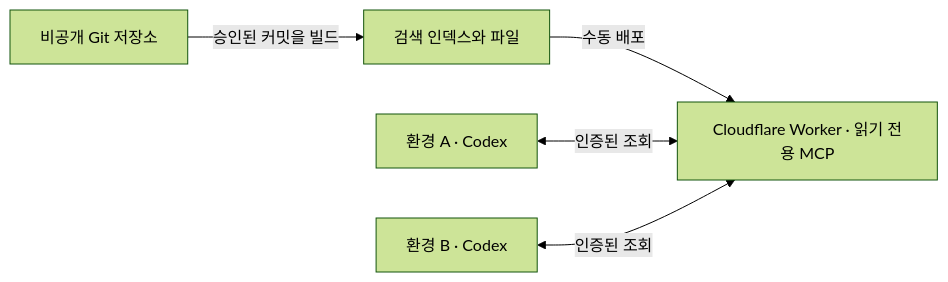
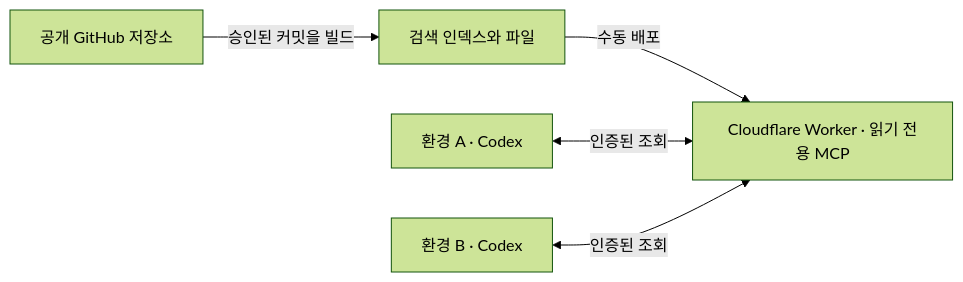
Before and after one commit to SEONGMINY/my-context: the diagram in README.md, drawn with Mermaid (forest theme). The commit also changed other lines of this file and 2 other files, not shown here.

````diff
--- a/README.md
+++ b/README.md
@@ -41,7 +41,7 @@
 ```mermaid
 flowchart LR
-    git["비공개 Git 저장소"] -->|"승인된 커밋을 빌드"| bundle["검색 인덱스와 파일"]
+    git["공개 GitHub 저장소"] -->|"승인된 커밋을 빌드"| bundle["검색 인덱스와 파일"]
     bundle -->|"수동 배포"| worker["Cloudflare Worker · 읽기 전용 MCP"]
     envA["환경 A · Codex"] <-->|"인증된 조회"| worker
     envB["환경 B · Codex"] <-->|"인증된 조회"| worker
 ```
````
